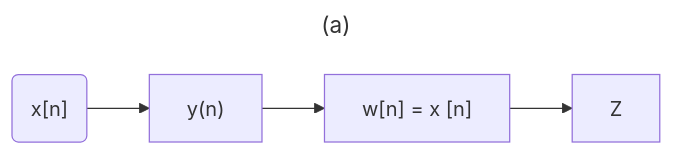
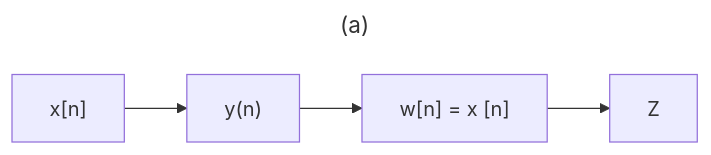
Before and after one commit to setrar/dsp: the sixth of 6 diagrams in signal-processing/kutz/5/README.md, drawn with Mermaid.

````diff
--- a/signal-processing/kutz/5/README.md
+++ b/signal-processing/kutz/5/README.md
@@ -147,10 +147,10 @@
 ```mermaid
 ---
 title: (a)
 ---
 %%{init: {"flowchart": {"htmlLabels": false}} }%%
 flowchart LR
-    E("x[n]") -->F[System]
+    E["x[n]"] -->F[System]
     F["y(n)"]-->G[Inverse system]
     G["w[n] = x [n]"] --> Z
 ```
````
